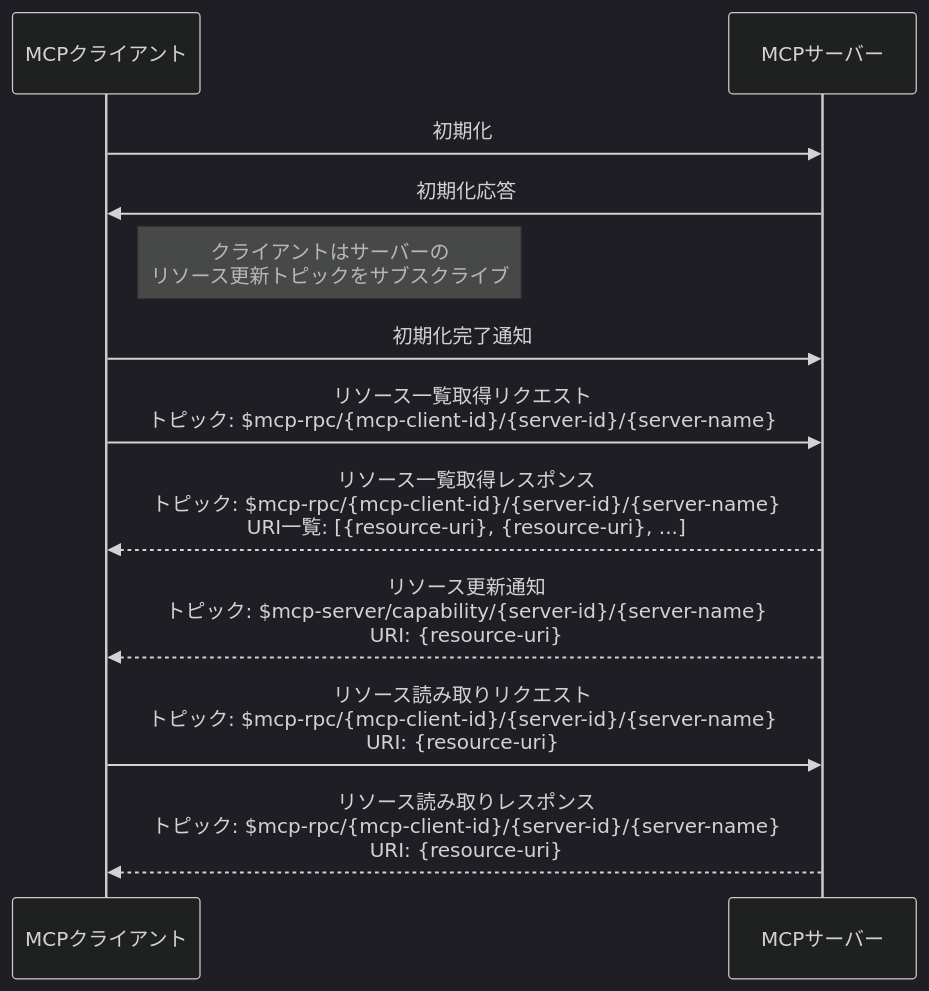
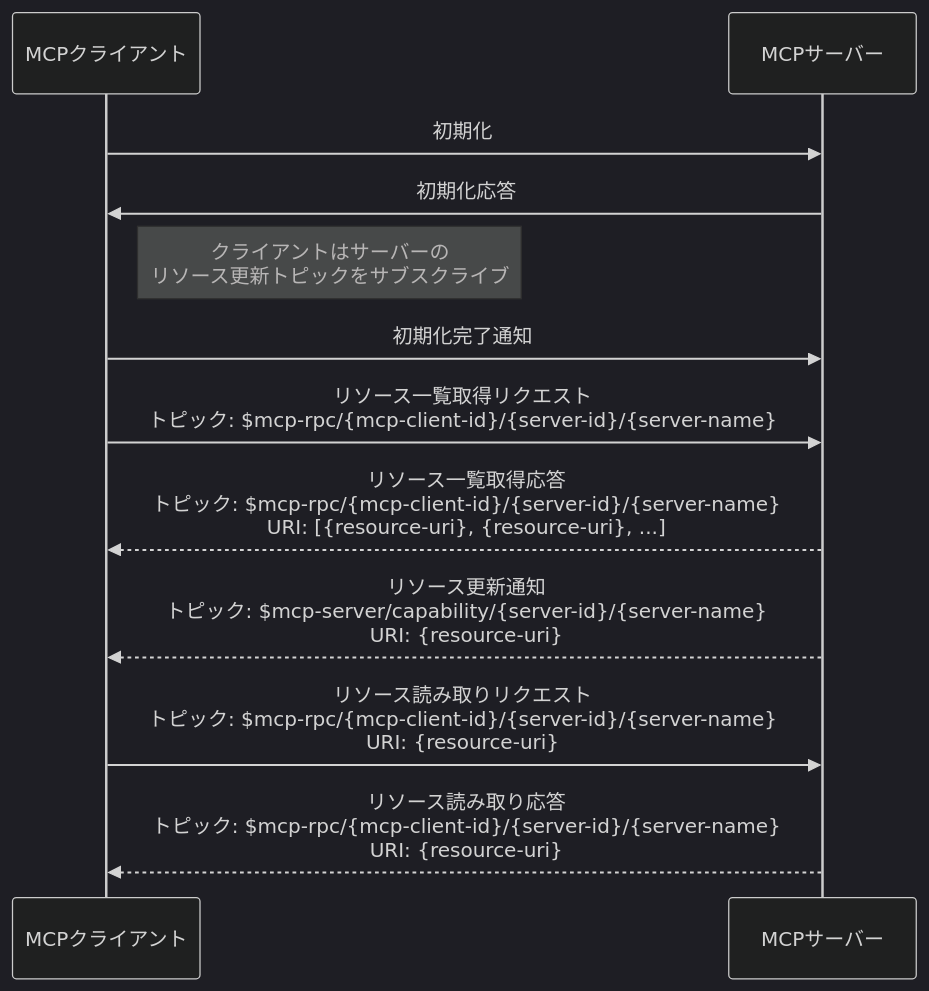
Before and after one commit to emqx/emqx-docs: the fourth of 4 diagrams in ja_JP/emqx-ai/mcp-over-mqtt/specification.md, drawn with Mermaid (dark theme). The commit also changed other lines of this file and 71 other files, not shown here.

````diff
--- a/ja_JP/emqx-ai/mcp-over-mqtt/specification.md
+++ b/ja_JP/emqx-ai/mcp-over-mqtt/specification.md
@@ -522,20 +360,20 @@
 ```mermaid
 sequenceDiagram
     participant MCP_Client as MCPクライアント
     participant MCP_Server as MCPサーバー
 
     MCP_Client ->> MCP_Server: 初期化
     MCP_Server ->> MCP_Client: 初期化応答
     Note right of MCP_Client: クライアントはサーバーの<br/>リソース更新トピックをサブスクライブ
     MCP_Client ->> MCP_Server: 初期化完了通知
 
     MCP_Client ->> MCP_Server: リソース一覧取得リクエスト<br/>トピック: $mcp-rpc/{mcp-client-id}/{server-id}/{server-name}
 
-    MCP_Server -->> MCP_Client: リソース一覧取得レスポンス<br/>トピック: $mcp-rpc/{mcp-client-id}/{server-id}/{server-name}<br/>URI一覧: [{resource-uri}, {resource-uri}, ...]
+    MCP_Server -->> MCP_Client: リソース一覧取得応答<br/>トピック: $mcp-rpc/{mcp-client-id}/{server-id}/{server-name}<br/>URI: [{resource-uri}, {resource-uri}, ...]
 
     MCP_Server -->> MCP_Client: リソース更新通知<br/>トピック: $mcp-server/capability/{server-id}/{server-name}<br/>URI: {resource-uri}
 
     MCP_Client ->> MCP_Server: リソース読み取りリクエスト<br/>トピック: $mcp-rpc/{mcp-client-id}/{server-id}/{server-name}<br/>URI: {resource-uri}
 
-    MCP_Server -->> MCP_Client: リソース読み取りレスポンス<br/>トピック: $mcp-rpc/{mcp-client-id}/{server-id}/{server-name}<br/>URI: {resource-uri}
+    MCP_Server -->> MCP_Client: リソース読み取り応答<br/>トピック: $mcp-rpc/{mcp-client-id}/{server-id}/{server-name}<br/>URI: {resource-uri}
 ```
````
